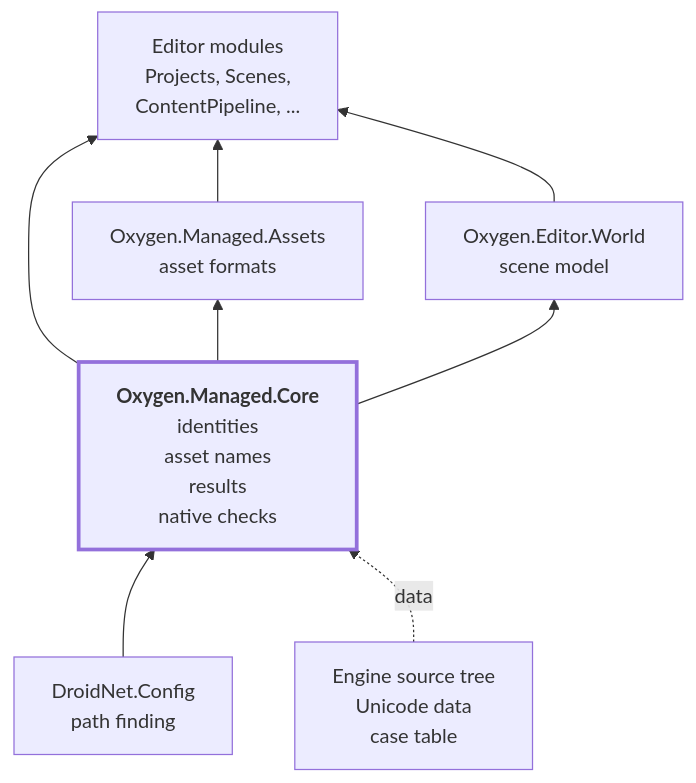
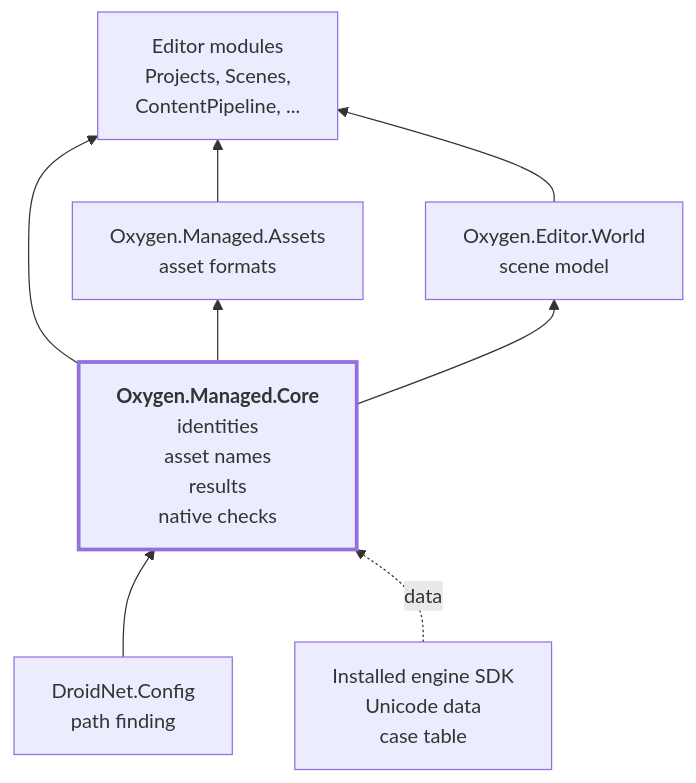
One commit to abdes/DroidNet changed the first of 3 diagrams in projects/Oxygen.Managed.Core/README.md. Above: the diagram before and after it, drawn with Mermaid. The commit also changed other lines of this file, not shown here.

First line of the commit message:
docs(managed-core): name the installed SDK as the source of the rules' data

````diff
--- a/projects/Oxygen.Managed.Core/README.md
+++ b/projects/Oxygen.Managed.Core/README.md
@@ -31,20 +31,20 @@
 ```mermaid
 flowchart BT
     config["DroidNet.Config<br/>path finding"]
     core["<b>Oxygen.Managed.Core</b><br/>identities<br/>asset names<br/>results<br/>native checks"]
     assets["Oxygen.Managed.Assets<br/>asset formats"]
     world["Oxygen.Editor.World<br/>scene model"]
     editor["Editor modules<br/>Projects, Scenes,<br/>ContentPipeline, ..."]
-    engine["Engine source tree<br/>Unicode data<br/>case table"]
+    engine["Installed engine SDK<br/>Unicode data<br/>case table"]
 
     config --> core
     core --> assets
     core --> world
     core --> editor
     assets --> editor
     world --> editor
     engine -. "data" .-> core
 
     classDef focus stroke-width:3px
     class core focus
 ```
````
